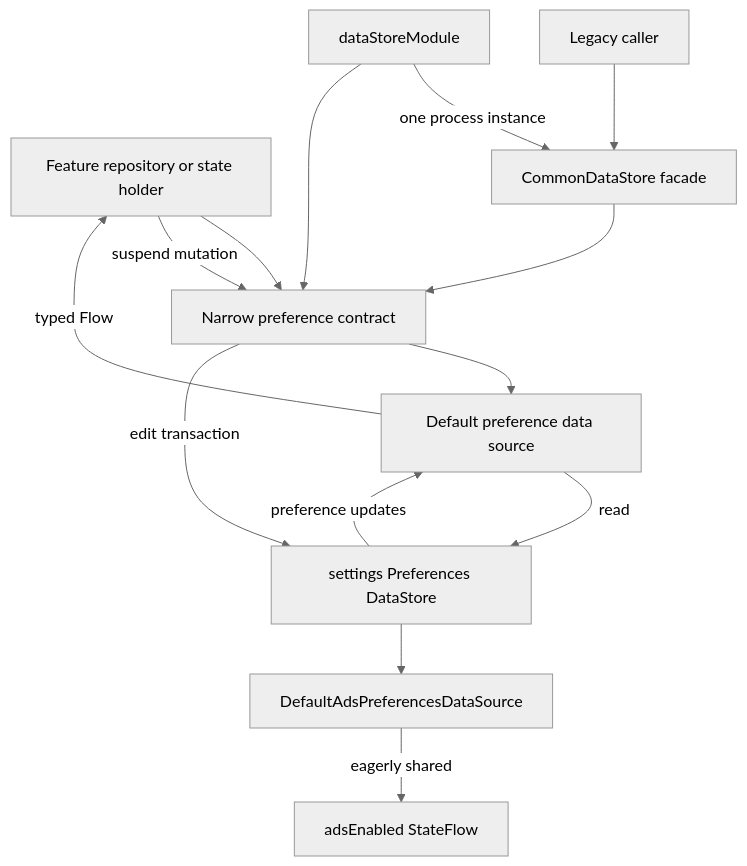
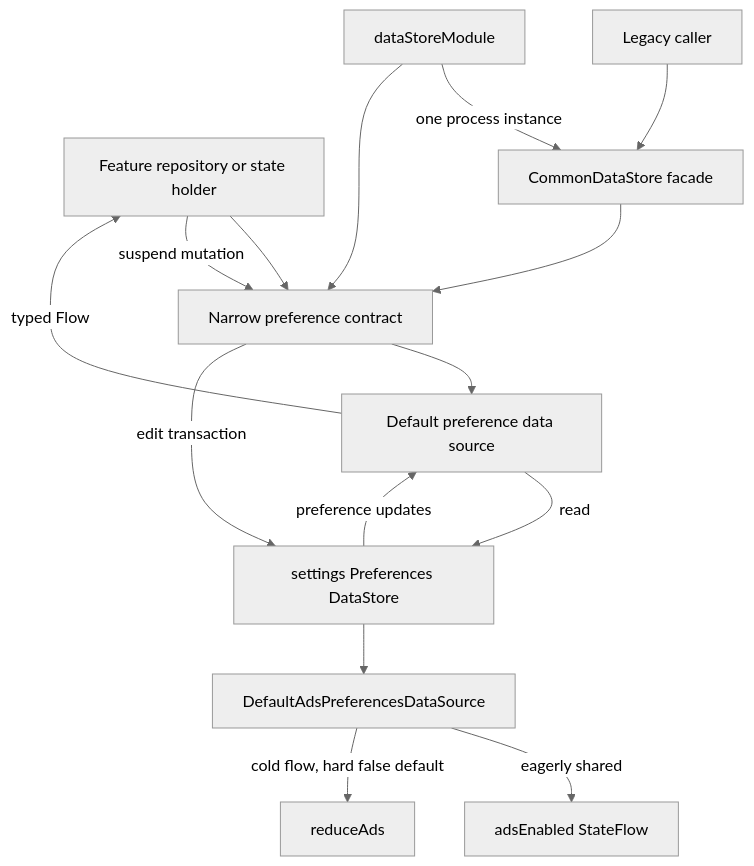
One commit to MihaiCristianCondrea/App-Toolkit-for-Android changed the diagram in library/core/datastore/README.md. Above: the diagram before and after it, drawn with Mermaid (neutral theme). The commit also changed other lines of this file and 53 other files, not shown here.

First line of the commit message:
Replace the display-ads switch with a Reduce ads preference

````diff
--- a/library/core/datastore/README.md
+++ b/library/core/datastore/README.md
@@ -42,16 +42,17 @@
 ```mermaid
 flowchart TD
     Caller[Feature repository or state holder] --> Narrow["Narrow preference contract"]
     Legacy[Legacy caller] --> Facade[CommonDataStore facade]
     Facade --> Narrow
     Narrow --> Source[Default preference data source]
     Source -->|read| Store["settings Preferences DataStore"]
     Caller -->|suspend mutation| Narrow
     Narrow -->|edit transaction| Store
     Store -->|preference updates| Source
     Source -->|typed Flow| Caller
     Ads[DefaultAdsPreferencesDataSource] -->|eagerly shared| AdsState[adsEnabled StateFlow]
+    Ads -->|cold flow, hard false default| Reduce[reduceAds]
     Store --> Ads
     Module[dataStoreModule] -->|one process instance| Facade
     Module --> Narrow
 ```
````
